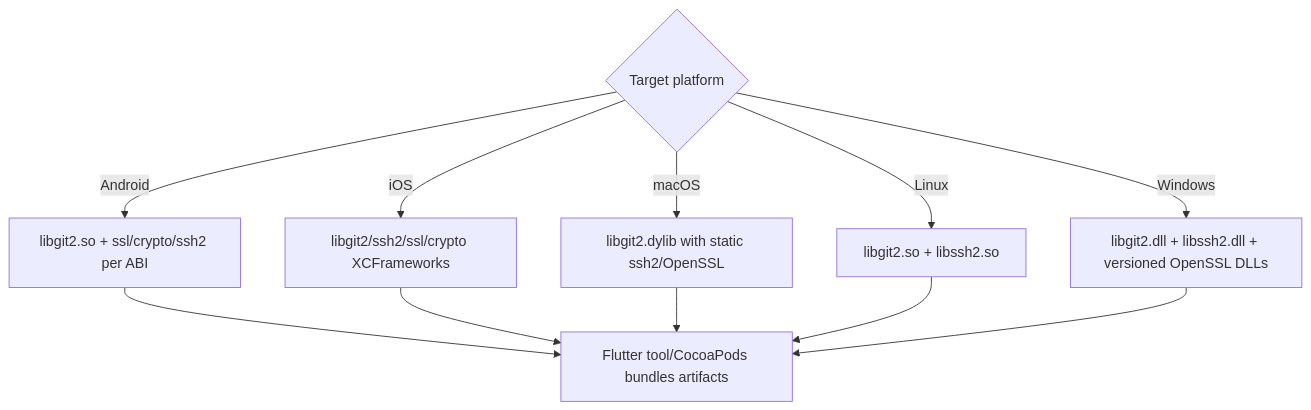
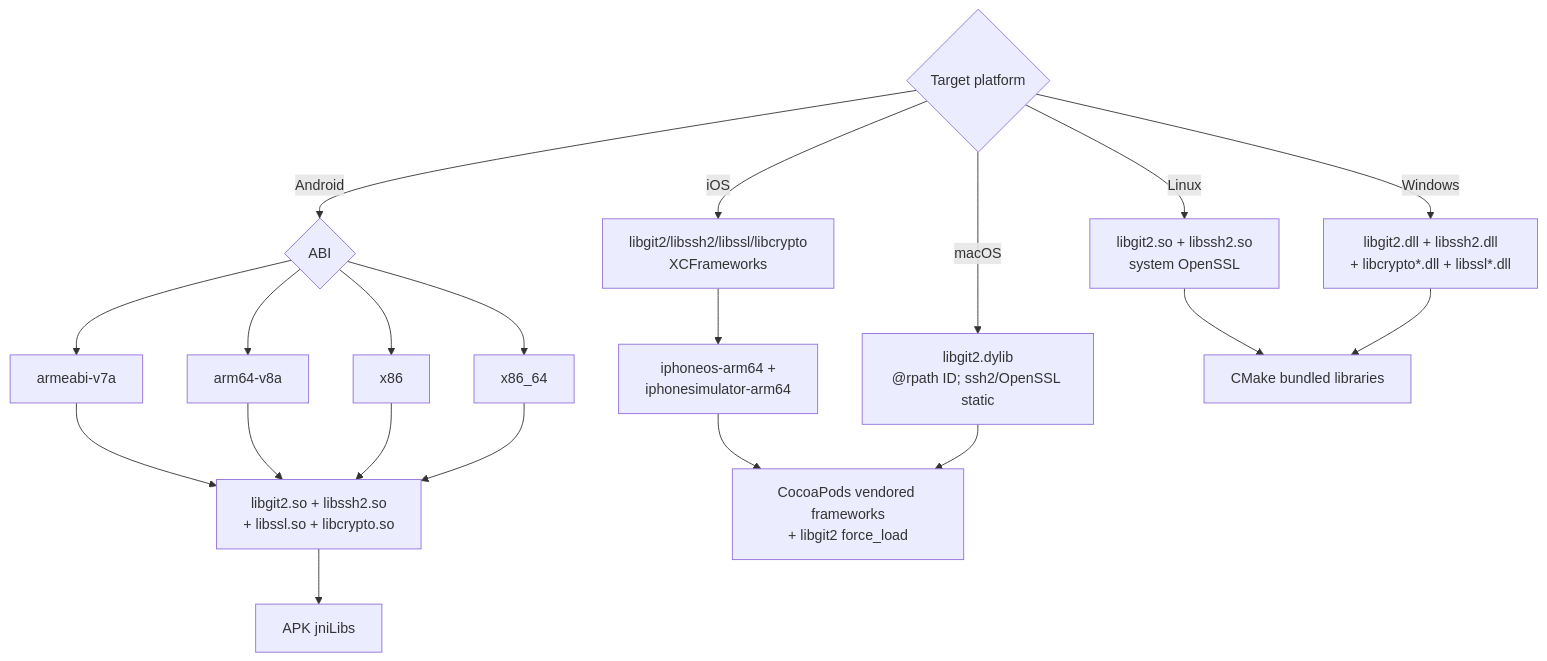
One commit to DartGit-dev/git2dart_binaries changed the diagram in .reversa/_reversa_sdd/flowcharts/platform-packaging-artifact-selection.md. Above: the diagram before and after it, drawn with Mermaid. The commit also changed other lines of this file and 250 other files, not shown here.

````diff
--- a/.reversa/_reversa_sdd/flowcharts/platform-packaging-artifact-selection.md
+++ b/.reversa/_reversa_sdd/flowcharts/platform-packaging-artifact-selection.md
@@ -3,14 +3,23 @@
 ```mermaid
 flowchart TD
   Platform{"Target platform"}
-  Platform -->|Android| A["libgit2.so + ssl/crypto/ssh2 per ABI"]
-  Platform -->|iOS| I["libgit2/ssh2/ssl/crypto XCFrameworks"]
-  Platform -->|macOS| M["libgit2.dylib with static ssh2/OpenSSL"]
-  Platform -->|Linux| L["libgit2.so + libssh2.so"]
-  Platform -->|Windows| W["libgit2.dll + libssh2.dll + versioned OpenSSL DLLs"]
-  A --> Bundle["Flutter tool/CocoaPods bundles artifacts"]
-  I --> Bundle
-  M --> Bundle
-  L --> Bundle
-  W --> Bundle
+  Platform -->|Android| ABI{"ABI"}
+  ABI --> A1["armeabi-v7a"]
+  ABI --> A2["arm64-v8a"]
+  ABI --> A3["x86"]
+  ABI --> A4["x86_64"]
+  A1 --> AS["libgit2.so + libssh2.so<br/>+ libssl.so + libcrypto.so"]
+  A2 --> AS
+  A3 --> AS
+  A4 --> AS
+  Platform -->|iOS| I["libgit2/libssh2/libssl/libcrypto<br/>XCFrameworks"]
+  I --> Slices["iphoneos-arm64 +<br/>iphonesimulator-arm64"]
+  Platform -->|macOS| M["libgit2.dylib<br/>@rpath ID; ssh2/OpenSSL static"]
+  Platform -->|Linux| L["libgit2.so + libssh2.so<br/>system OpenSSL"]
+  Platform -->|Windows| W["libgit2.dll + libssh2.dll<br/>+ libcrypto*.dll + libssl*.dll"]
+  AS --> AndroidBundle["APK jniLibs"]
+  Slices --> Cocoa["CocoaPods vendored frameworks<br/>+ libgit2 force_load"]
+  M --> Cocoa
+  L --> Desktop["CMake bundled libraries"]
+  W --> Desktop
 ```
````
